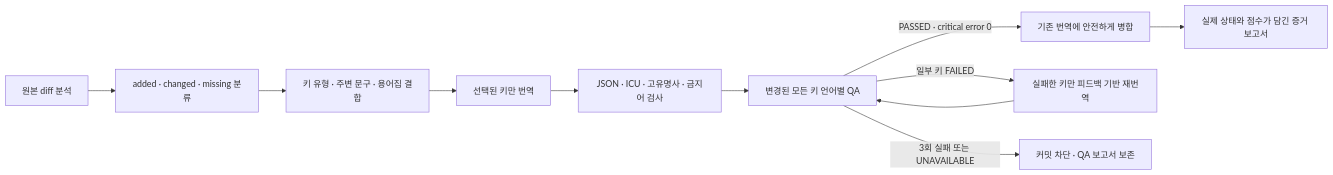
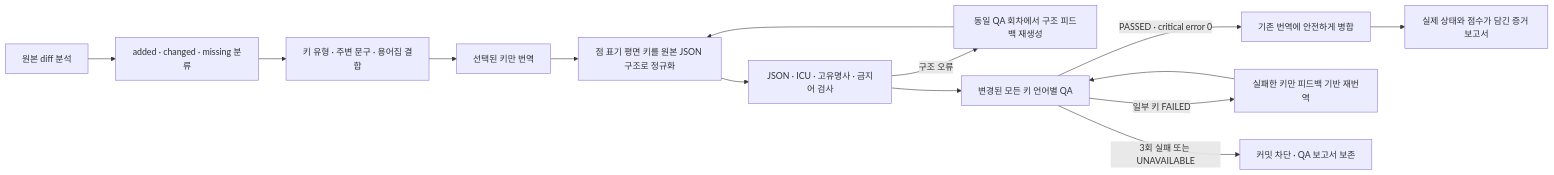
The fourth of 4 diagrams in architecture.md (devcy0922/lingo-agent), drawn with Mermaid before and after one commit. The commit also changed other lines of this file and 3 other files, not shown here.

Commit message:
fix(translate): repair malformed targeted responses

````diff
--- a/architecture.md
+++ b/architecture.md
@@ -166,13 +166,16 @@
 ```mermaid
 flowchart LR
     Diff["원본 diff 분석"] --> Scope["added · changed · missing 분류"]
     Scope --> Context["키 유형 · 주변 문구 · 용어집 결합"]
     Context --> Translate["선택된 키만 번역"]
-    Translate --> Static["JSON · ICU · 고유명사 · 금지어 검사"]
+    Translate --> Normalize["점 표기 평면 키를 원본 JSON 구조로 정규화"]
+    Normalize --> Static["JSON · ICU · 고유명사 · 금지어 검사"]
+    Static -->|"구조 오류"| Repair["동일 QA 회차에서 구조 피드백 재생성"]
+    Repair --> Normalize
     Static --> Review["변경된 모든 키 언어별 QA"]
     Review -->|"PASSED · critical error 0"| Merge["기존 번역에 안전하게 병합"]
     Review -->|"일부 키 FAILED"| Retry["실패한 키만 피드백 기반 재번역"]
     Retry --> Review
     Review -->|"3회 실패 또는 UNAVAILABLE"| Block["커밋 차단 · QA 보고서 보존"]
     Merge --> Report["실제 상태와 점수가 담긴 증거 보고서"]
 ```
````
